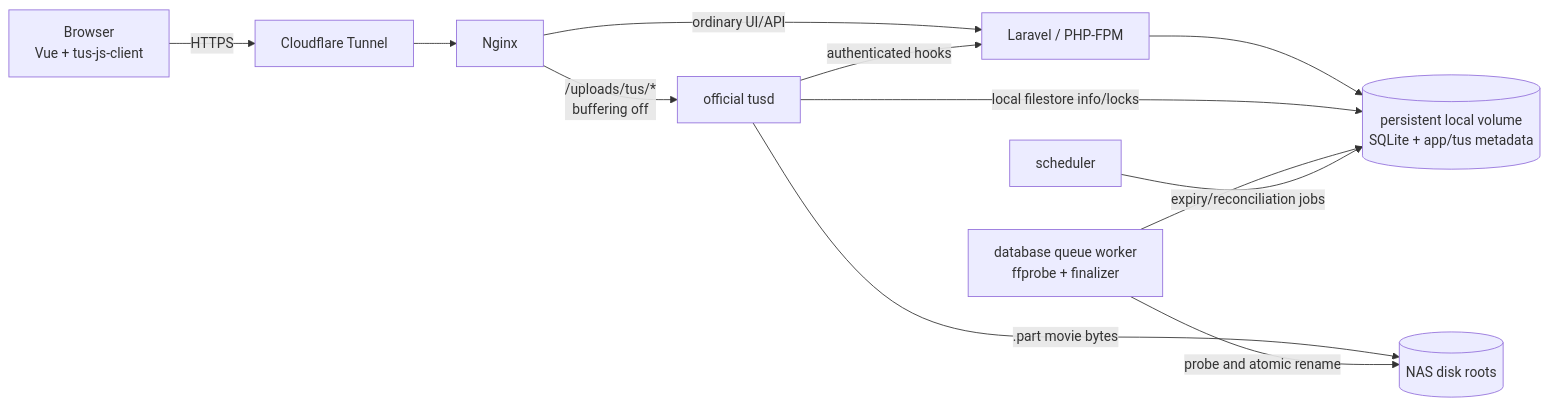
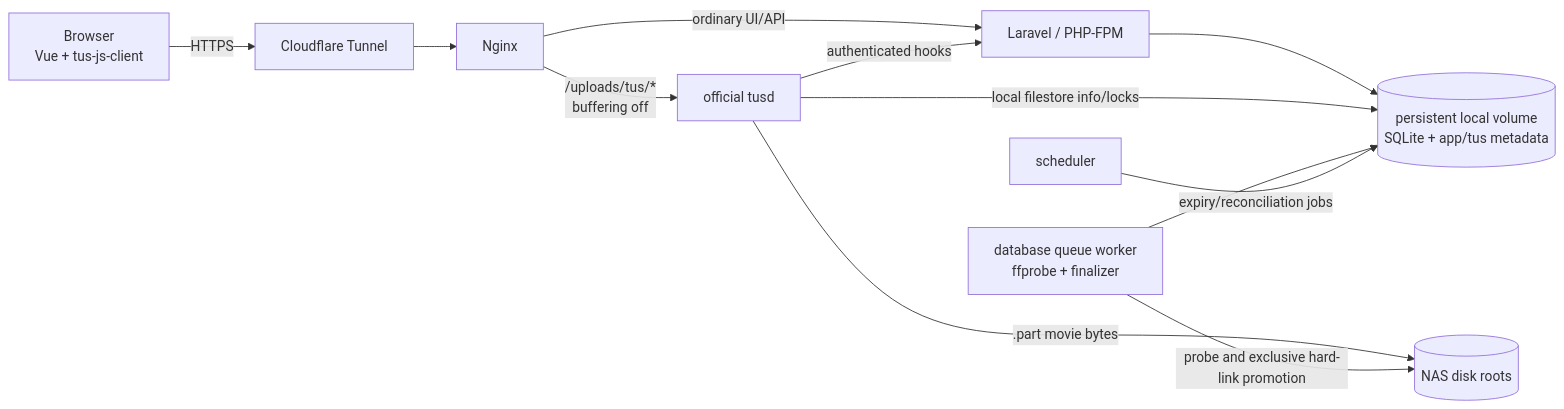
One commit to VaclavKlima/MediaUploadManager changed the first of 3 diagrams in docs/architecture.md. Above: the diagram before and after it, drawn with Mermaid. The commit also changed other lines of this file and 141 other files, not shown here.

````diff
--- a/docs/architecture.md
+++ b/docs/architecture.md
@@ -7,23 +7,23 @@
 ```mermaid
 flowchart LR
     B[Browser<br/>Vue + tus-js-client]
     C[Cloudflare Tunnel]
     N[Nginx]
     A[Laravel / PHP-FPM]
     D[(persistent local volume<br/>SQLite + app/tus metadata)]
     T[official tusd]
     Q[database queue worker<br/>ffprobe + finalizer]
     S[scheduler]
     NAS[(NAS disk roots)]
 
     B -->|HTTPS| C --> N
     N -->|ordinary UI/API| A
     N -->|/uploads/tus/*<br/>buffering off| T
     A --> D
     T -->|authenticated hooks| A
     T -->|.part movie bytes| NAS
     T -->|local filestore info/locks| D
     Q --> D
-    Q -->|probe and atomic rename| NAS
+    Q -->|probe and exclusive hard-link promotion| NAS
     S -->|expiry/reconciliation jobs| D
 ```
````
